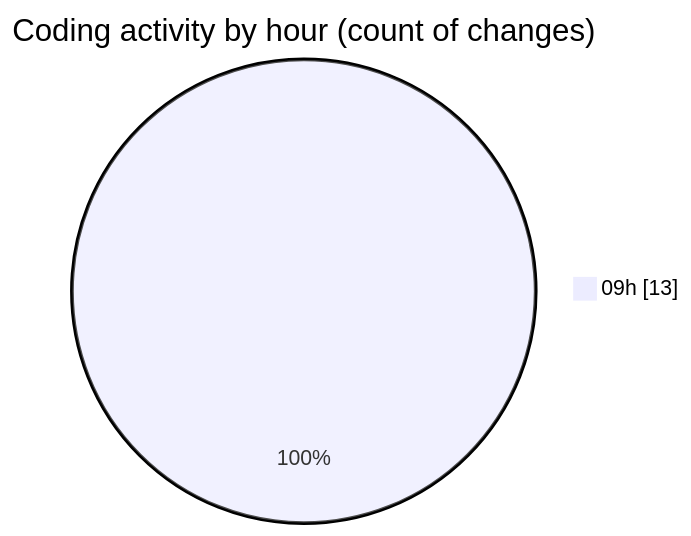
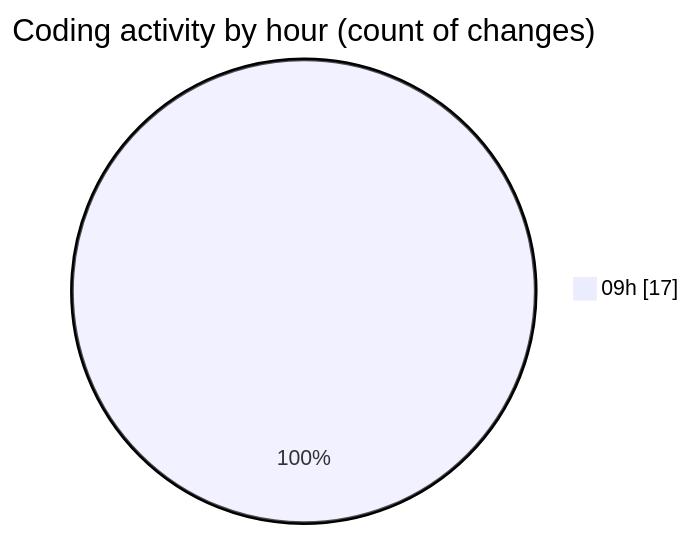
One commit to momahboobian/code-tracking changed the second of 2 diagrams in 2025-09-05/cda/README.md. Above: the diagram before and after it, drawn with Mermaid. The commit also changed other lines of this file and 1 other file, not shown here.

````diff
--- a/2025-09-05/cda/README.md
+++ b/2025-09-05/cda/README.md
@@ -31,5 +31,5 @@
 ```mermaid
 pie showData
 title Coding activity by hour (count of changes)
-"09h" : 13
+"09h" : 17
 ```
````
